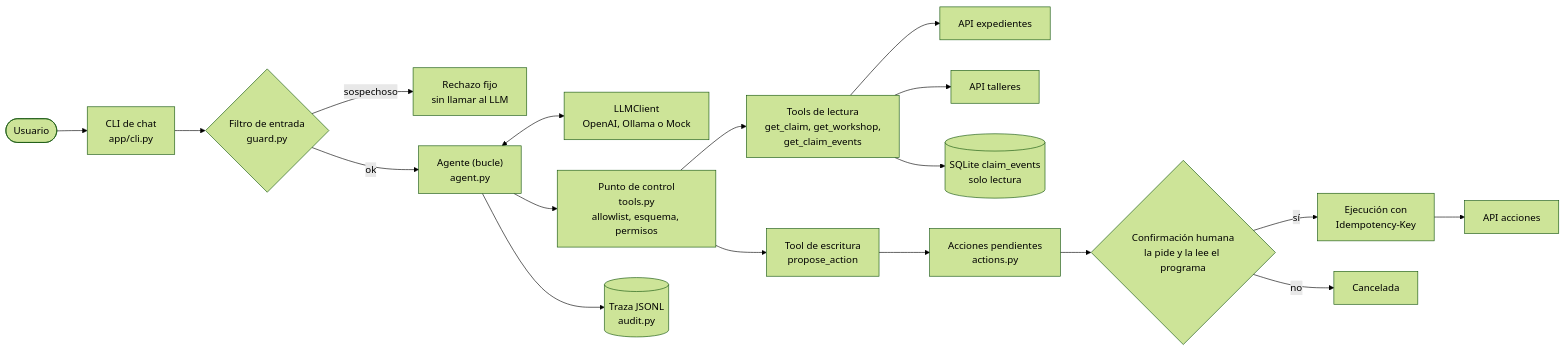
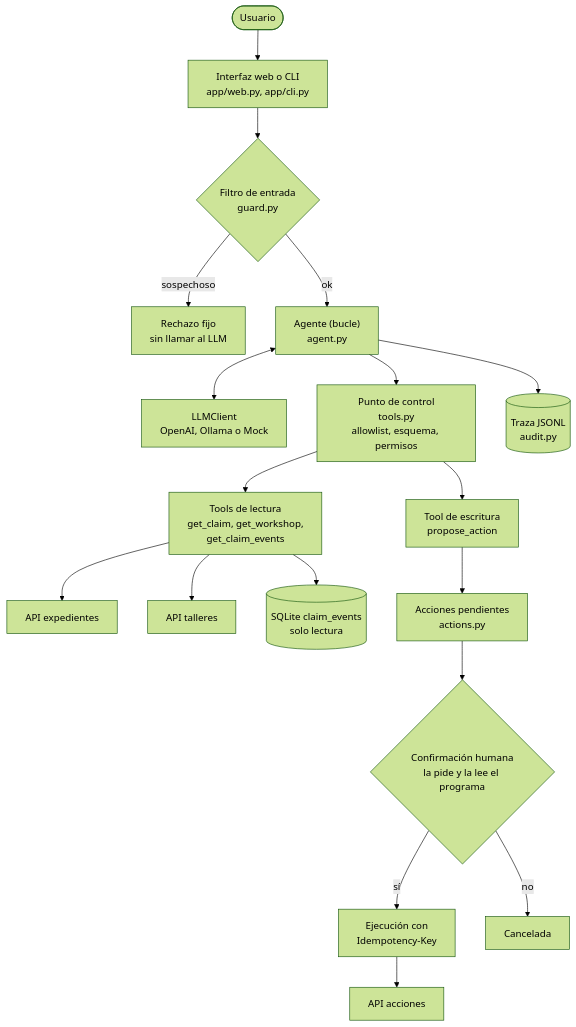
The diagram in README.md (andresprado99/okore-agentic-ai-prueba-tecnica), drawn with Mermaid (forest theme) before and after one commit. The commit also changed other lines of this file and 8 other files, not shown here.

Commit message:
Interfaz web mínima y panel de demostración

````diff
--- a/README.md
+++ b/README.md
@@ -16,20 +16,20 @@
 ```mermaid
-flowchart LR
-    U([Usuario]) --> CLI["CLI de chat<br/>app/cli.py"]
-    CLI --> G{"Filtro de entrada<br/>guard.py"}
+flowchart TB
+    U([Usuario]) --> UI["Interfaz web o CLI<br/>app/web.py, app/cli.py"]
+    UI --> G{"Filtro de entrada<br/>guard.py"}
     G -- "sospechoso" --> REF["Rechazo fijo<br/>sin llamar al LLM"]
     G -- "ok" --> AG["Agente (bucle)<br/>agent.py"]
     AG <--> LLM["LLMClient<br/>OpenAI, Ollama o Mock"]
     AG --> CTRL["Punto de control<br/>tools.py<br/>allowlist, esquema, permisos"]
     CTRL --> RD["Tools de lectura<br/>get_claim, get_workshop,<br/>get_claim_events"]
     CTRL --> PR["Tool de escritura<br/>propose_action"]
     RD --> CL["API expedientes"]
     RD --> WK["API talleres"]
     RD --> DB[("SQLite claim_events<br/>solo lectura")]
     PR --> PEND["Acciones pendientes<br/>actions.py"]
     PEND --> CONF{"Confirmación humana<br/>la pide y la lee el programa"}
     CONF -- "sí" --> EXE["Ejecución con<br/>Idempotency-Key"]
     CONF -- "no" --> CAN["Cancelada"]
     EXE --> ACT["API acciones"]
     AG --> TR[("Traza JSONL<br/>audit.py")]
 ```
````
